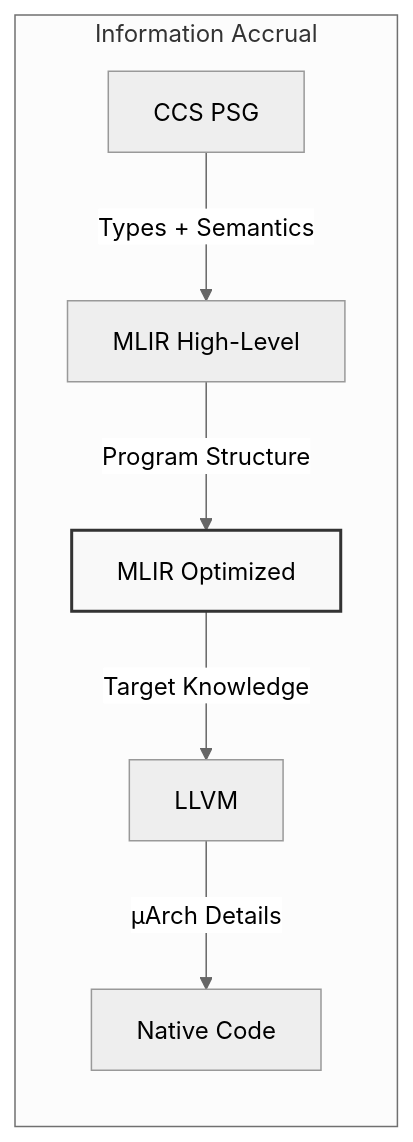
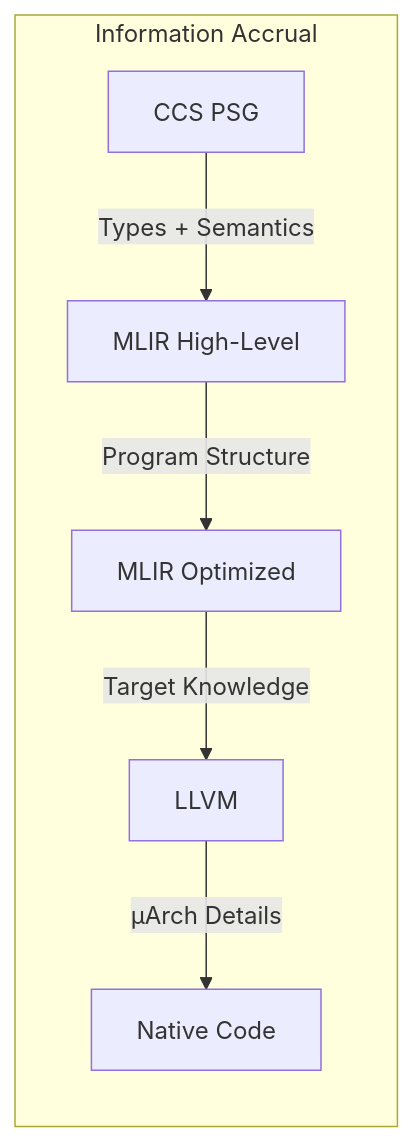
Before and after one commit to FidelityFramework/clef-lang-site: the first of 2 diagrams in hugo/content/docs/design/compilation/getting-inline.md, drawn with Mermaid. The commit also changed other lines of this file and 20 other files, not shown here.

Commit message:
clear formatting of mermaid markup

````diff
--- a/hugo/content/docs/design/compilation/getting-inline.md
+++ b/hugo/content/docs/design/compilation/getting-inline.md
@@ -159,18 +159,16 @@
 ```mermaid
-%%{init: {'theme': 'neutral'}}%%
 flowchart LR
     A[CCS PSG] -->|Types + Semantics| B[MLIR High-Level]
     B -->|Program Structure| C[MLIR Optimized]
     C -->|Target Knowledge| D[LLVM]
     D -->|μArch Details| E[Native Code]
 
     subgraph "Information Accrual"
         A
         B
         C
         D
         E
     end
 
-    style C fill:#f9f9f9,stroke:#333,stroke-width:2px
 ```
````
